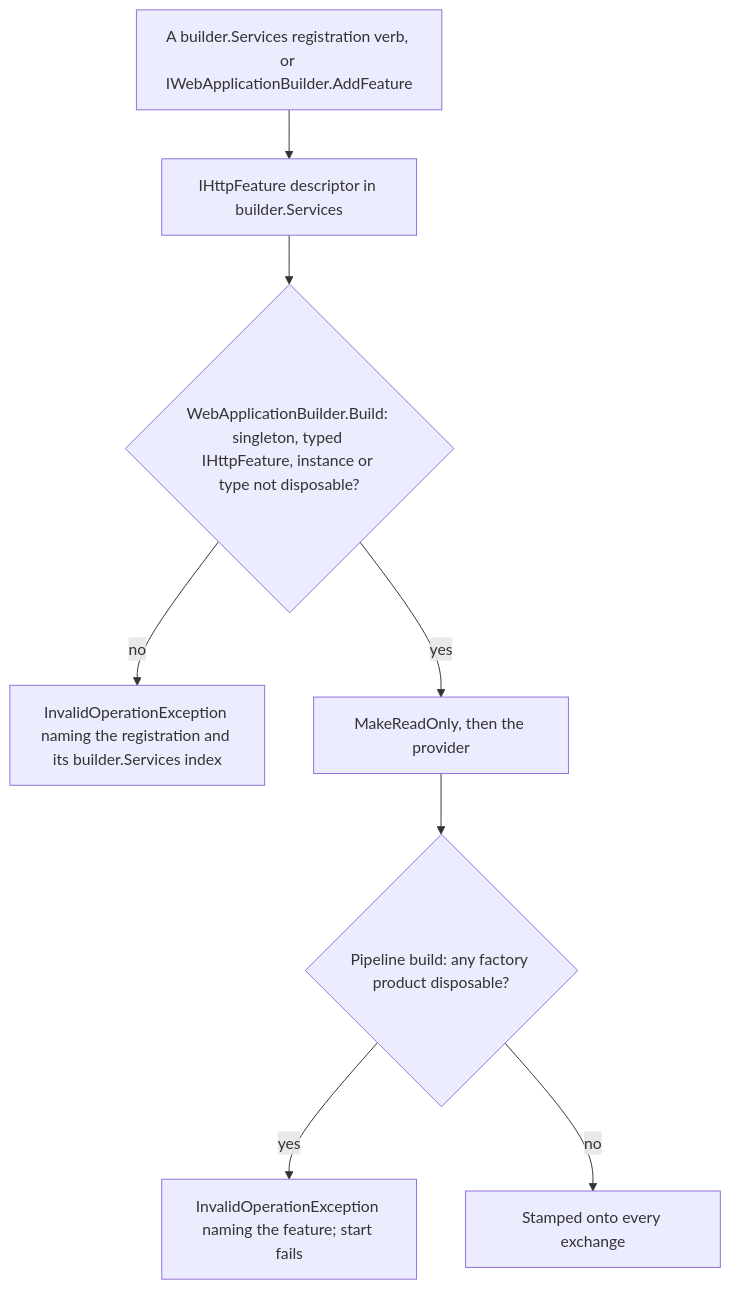
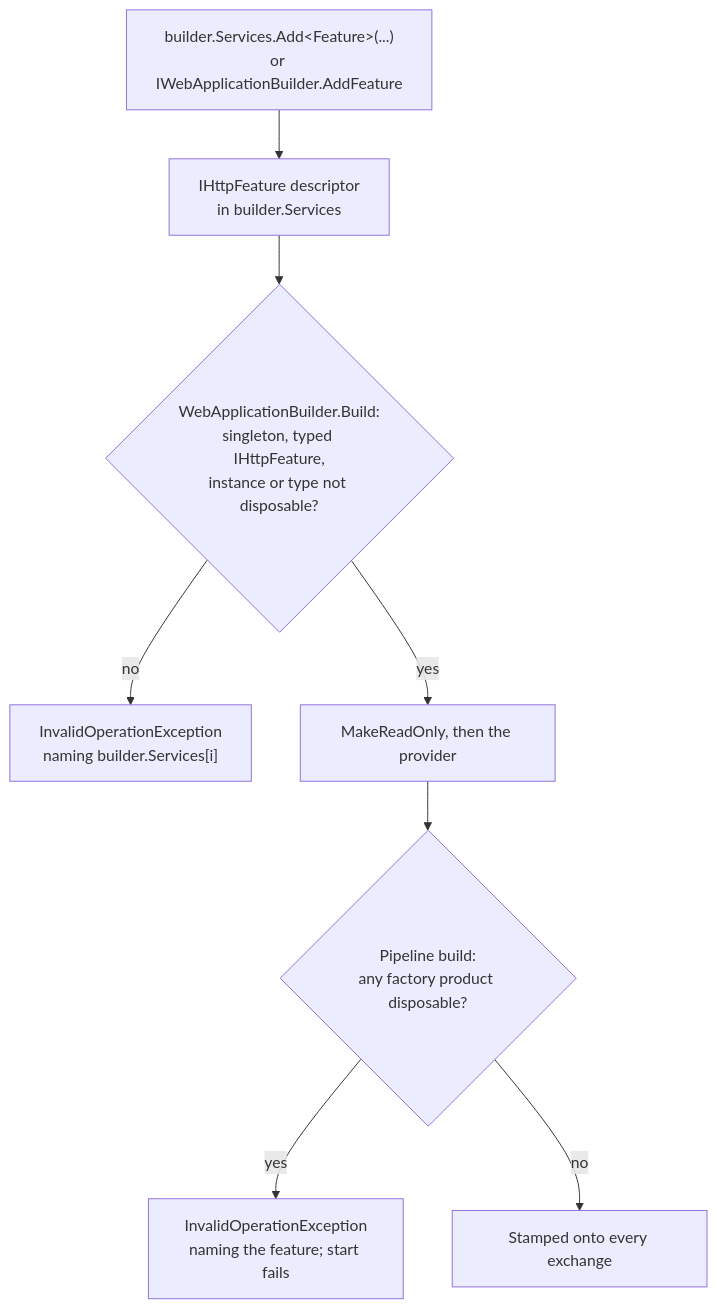
One commit to assimalign/cohesion-docs changed the second of 2 diagrams in docs/dotnet-apis/resources/web/assimalign-cohesion-web-hosting/design.md. Above: the diagram before and after it, drawn with Mermaid. The commit also changed other lines of this file and 194 other files, not shown here.

````diff
--- a/docs/dotnet-apis/resources/web/assimalign-cohesion-web-hosting/design.md
+++ b/docs/dotnet-apis/resources/web/assimalign-cohesion-web-hosting/design.md
@@ -1023,10 +304,10 @@
 ```mermaid
 flowchart TD
-    Verb["A builder.Services registration verb, or IWebApplicationBuilder.AddFeature"] --> Descriptor["IHttpFeature descriptor in builder.Services"]
-    Descriptor --> Build{"WebApplicationBuilder.Build: singleton, typed IHttpFeature, instance or type not disposable?"}
-    Build -->|"no"| BuildError["InvalidOperationException naming the registration and its builder.Services index"]
-    Build -->|"yes"| Provider["MakeReadOnly, then the provider"]
-    Provider --> Snapshot{"Pipeline build: any factory product disposable?"}
-    Snapshot -->|"yes"| StartError["InvalidOperationException naming the feature; start fails"]
-    Snapshot -->|"no"| Stamp["Stamped onto every exchange"]
+    Verb["builder.Services.Add&lt;Feature&gt;(...)<br/>or IWebApplicationBuilder.AddFeature"] --> Descriptor["IHttpFeature descriptor<br/>in builder.Services"]
+    Descriptor --> Build{"WebApplicationBuilder.Build:<br/>singleton, typed IHttpFeature,<br/>instance or type not disposable?"}
+    Build -->|no| BuildError["InvalidOperationException<br/>naming builder.Services[i]"]
+    Build -->|yes| Provider["MakeReadOnly, then the provider"]
+    Provider --> Snapshot{"Pipeline build:<br/>any factory product disposable?"}
+    Snapshot -->|yes| StartError["InvalidOperationException<br/>naming the feature; start fails"]
+    Snapshot -->|no| Stamp["Stamped onto every exchange"]
 ```
````
